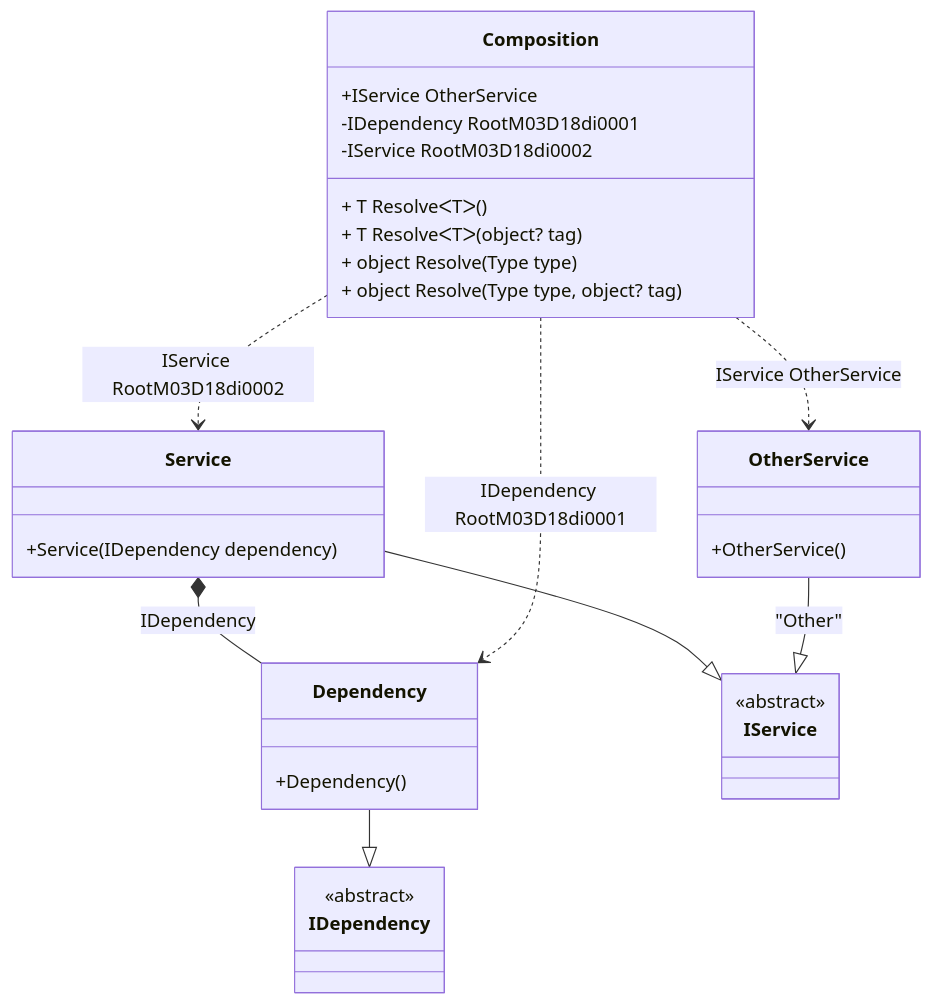
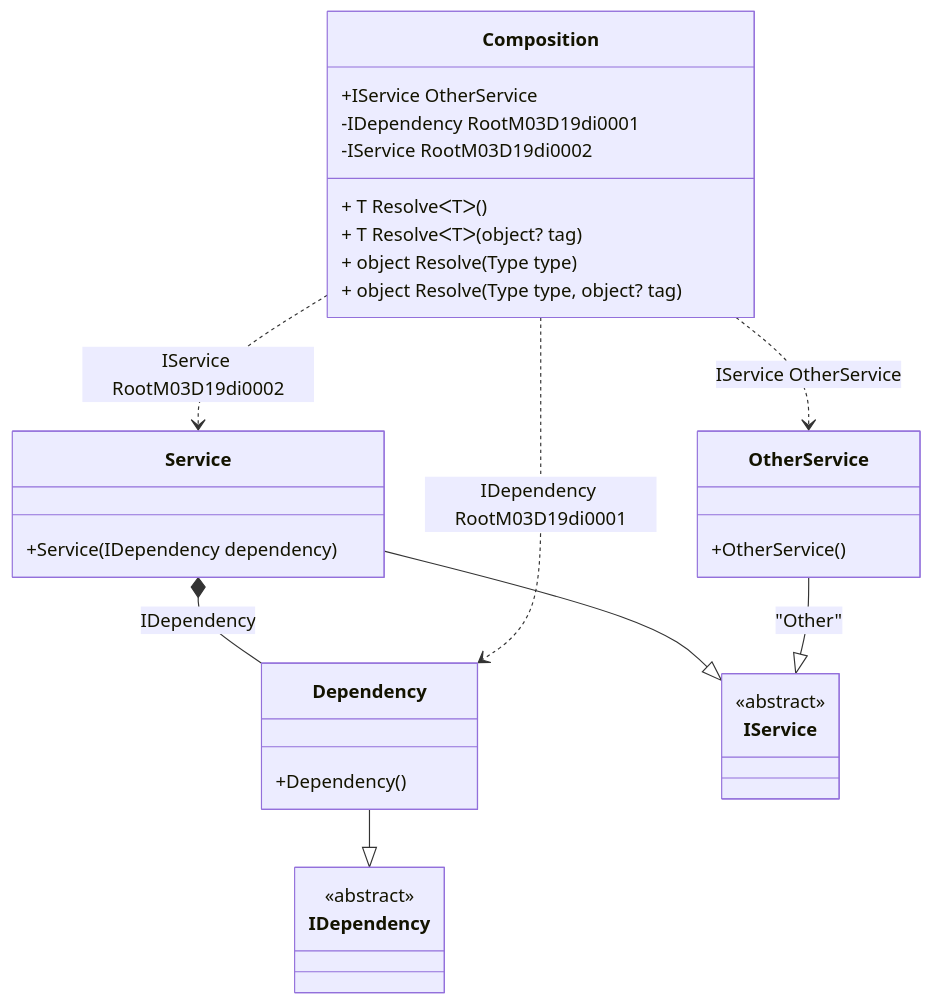
Before and after one commit to DevTeam/Pure.DI: the diagram in readme/resolve-methods.md, drawn with Mermaid. The commit also changed other lines of this file and 75 other files, not shown here.

````diff
--- a/readme/resolve-methods.md
+++ b/readme/resolve-methods.md
@@ -45,34 +45,34 @@
 ```mermaid
 classDiagram
   class Composition {
     +IService OtherService
-    -IDependency RootM03D18di0001
-    -IService RootM03D18di0002
+    -IDependency RootM03D19di0001
+    -IService RootM03D19di0002
     + T ResolveᐸTᐳ()
     + T ResolveᐸTᐳ(object? tag)
     + object Resolve(Type type)
     + object Resolve(Type type, object? tag)
   }
   Dependency --|> IDependency : 
   class Dependency {
     +Dependency()
   }
   Service --|> IService : 
   class Service {
     +Service(IDependency dependency)
   }
   OtherService --|> IService : "Other" 
   class OtherService {
     +OtherService()
   }
   class IDependency {
     <<abstract>>
   }
   class IService {
     <<abstract>>
   }
   Service *--  Dependency : IDependency
-  Composition ..> Dependency : IDependency RootM03D18di0001
-  Composition ..> Service : IService RootM03D18di0002
+  Composition ..> Dependency : IDependency RootM03D19di0001
+  Composition ..> Service : IService RootM03D19di0002
   Composition ..> OtherService : IService OtherService
 ```
````
